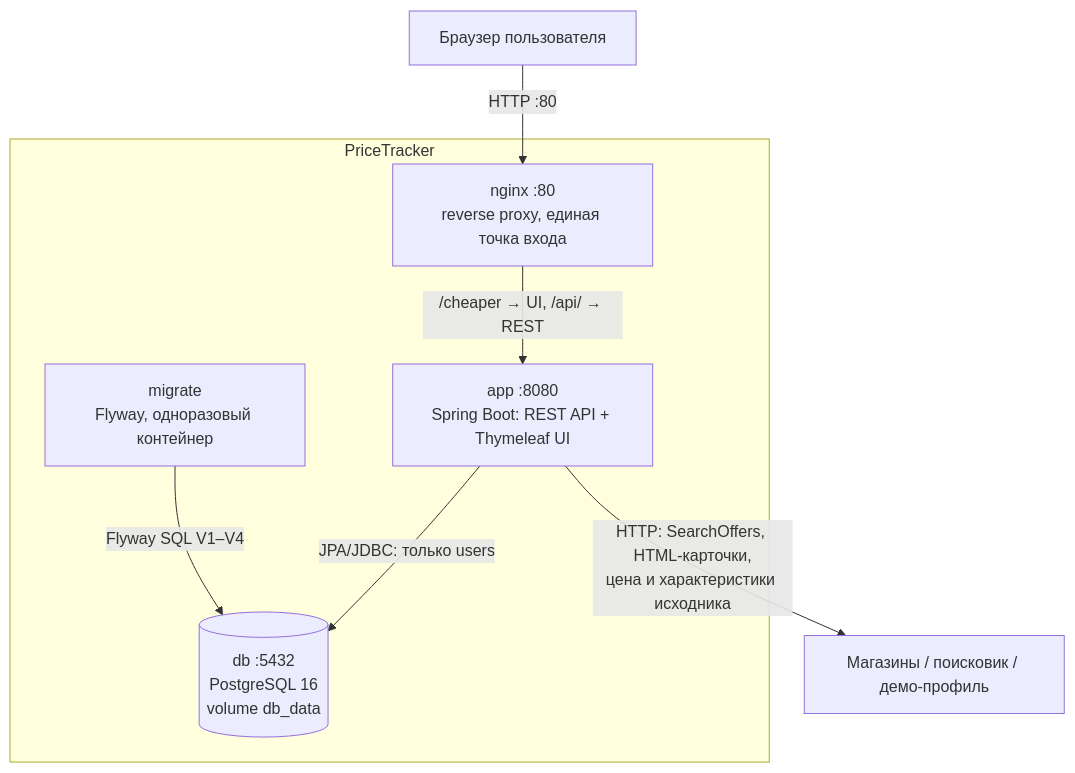
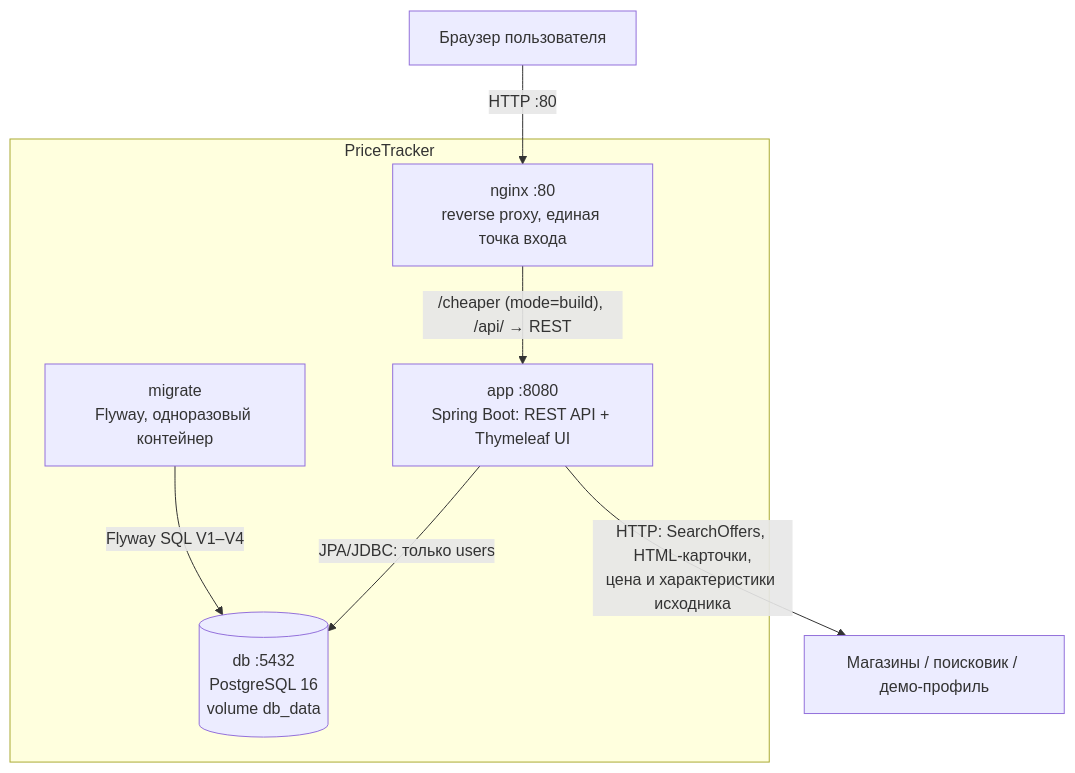
One commit to brawlat12344-ops/pricetracker changed the second of 3 diagrams in docs/c4.md. Above: the diagram before and after it, drawn with Mermaid. The commit also changed other lines of this file and 14 other files, not shown here.

````diff
--- a/docs/c4.md
+++ b/docs/c4.md
@@ -29,19 +30,19 @@
 ```mermaid
 flowchart TB
     U["Браузер пользователя"]
 
     subgraph SYSTEM["PriceTracker"]
         NG["nginx :80<br/>reverse proxy, единая точка входа"]
         APP["app :8080<br/>Spring Boot: REST API + Thymeleaf UI"]
         MIG["migrate<br/>Flyway, одноразовый контейнер"]
         DB[("db :5432<br/>PostgreSQL 16<br/>volume db_data")]
     end
 
     EXT["Магазины / поисковик / демо-профиль"]
 
     U -->|HTTP :80| NG
-    NG -->|"/cheaper → UI, /api/ → REST"| APP
+    NG -->|"/cheaper (mode=build), /api/ → REST"| APP
     APP -->|"JPA/JDBC: только users"| DB
     MIG -->|"Flyway SQL V1–V4"| DB
     APP -->|"HTTP: SearchOffers, HTML-карточки,<br/>цена и характеристики исходника"| EXT
 ```
````
